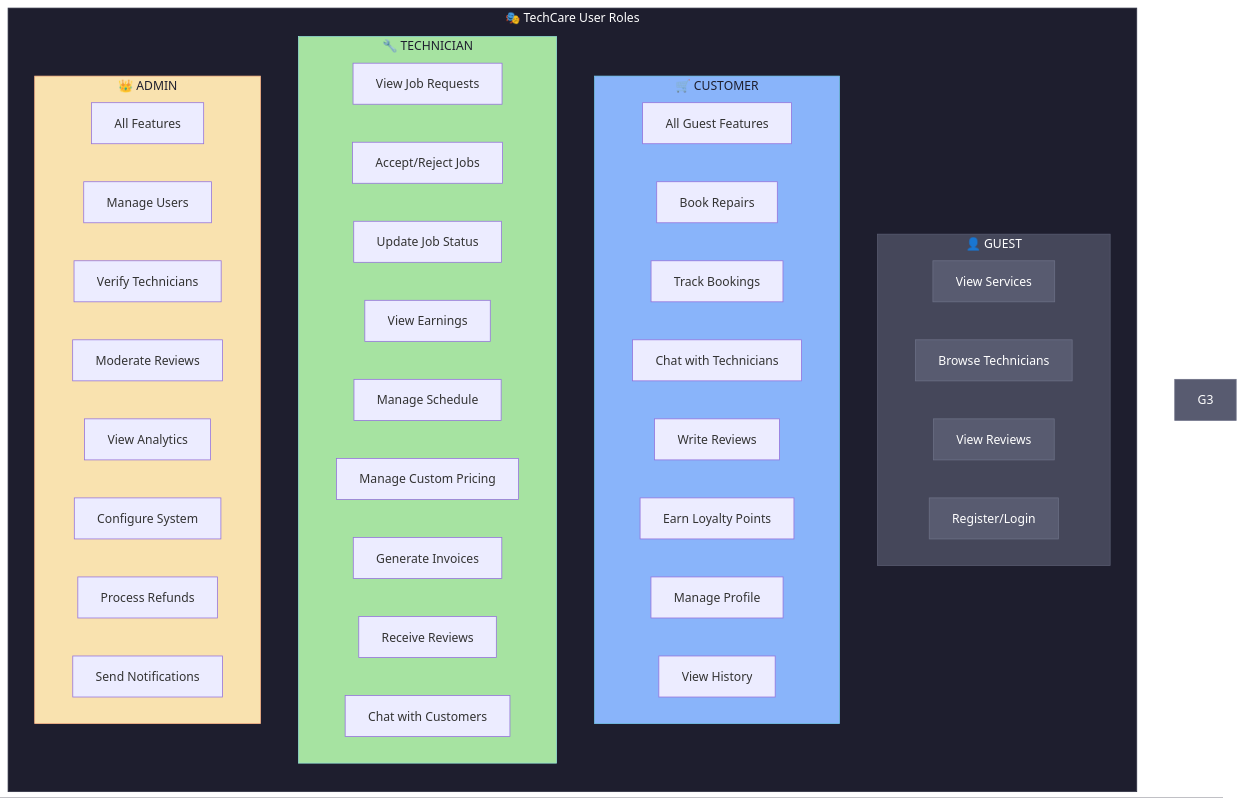
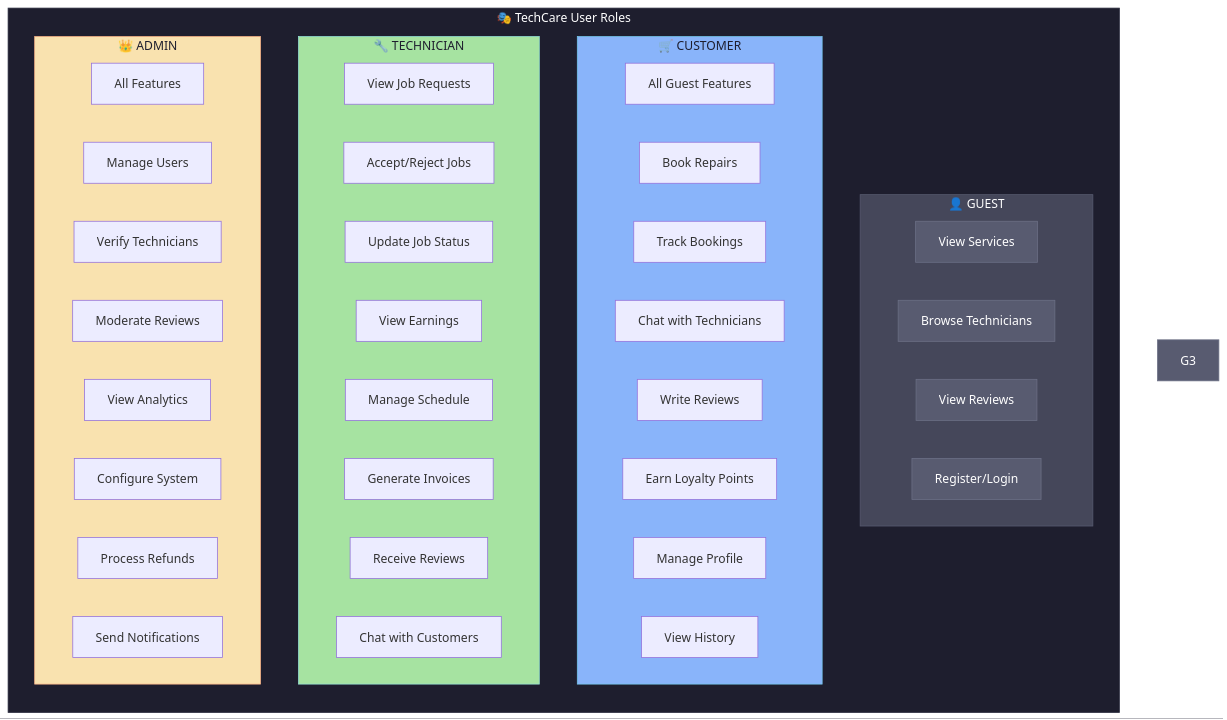
Before and after one commit to Irchika774/Tech-Care_official: diagram 11 of 15 in README.md, drawn with Mermaid. The commit also changed other lines of this file and 8 other files, not shown here.

Commit message:
release(v2.5.0): Schema simplification, codebase cleanup & documentation sync

````diff
--- a/README.md
+++ b/README.md
@@ -670,58 +647,57 @@
 ```mermaid
 flowchart TB
     subgraph Roles["🎭 TechCare User Roles"]
         direction TB
         
         subgraph GuestRole["👤 GUEST"]
             G1["View Services"]
             G2["Browse Technicians"]
             G4["View Reviews"]
             G5["Register/Login"]
         end
         
         subgraph CustomerRole["🛒 CUSTOMER"]
             C1["All Guest Features"]
             C2["Book Repairs"]
             C3["Track Bookings"]
             C4["Chat with Technicians"]
             C5["Write Reviews"]
             C6["Earn Loyalty Points"]
             C7["Manage Profile"]
             C8["View History"]
         end
         
         subgraph TechnicianRole["🔧 TECHNICIAN"]
             T1["View Job Requests"]
             T2["Accept/Reject Jobs"]
             T3["Update Job Status"]
             T4["View Earnings"]
             T5["Manage Schedule"]
-            T6["Manage Custom Pricing"]
-            T7["Generate Invoices"]
-            T8["Receive Reviews"]
-            T9["Chat with Customers"]
+            T6["Generate Invoices"]
+            T7["Receive Reviews"]
+            T8["Chat with Customers"]
         end
         
         subgraph AdminRole["👑 ADMIN"]
             A1["All Features"]
             A2["Manage Users"]
             A3["Verify Technicians"]
             A4["Moderate Reviews"]
             A5["View Analytics"]
             A6["Configure System"]
             A7["Process Refunds"]
             A8["Send Notifications"]
         end
     end
     
     style Roles fill:#1e1e2e,stroke:#313244,color:#fff
     style GuestRole fill:#45475a,stroke:#585b70,color:#fff
     style CustomerRole fill:#89b4fa,stroke:#74c7ec,color:#1e1e2e
     style TechnicianRole fill:#a6e3a1,stroke:#94e2d5,color:#1e1e2e
     style AdminRole fill:#f9e2af,stroke:#fab387,color:#1e1e2e
     style G1 fill:#585b70,stroke:#6c7086,color:#fff
     style G2 fill:#585b70,stroke:#6c7086,color:#fff
     style G3 fill:#585b70,stroke:#6c7086,color:#fff
     style G4 fill:#585b70,stroke:#6c7086,color:#fff
     style G5 fill:#585b70,stroke:#6c7086,color:#fff
 ```
````
